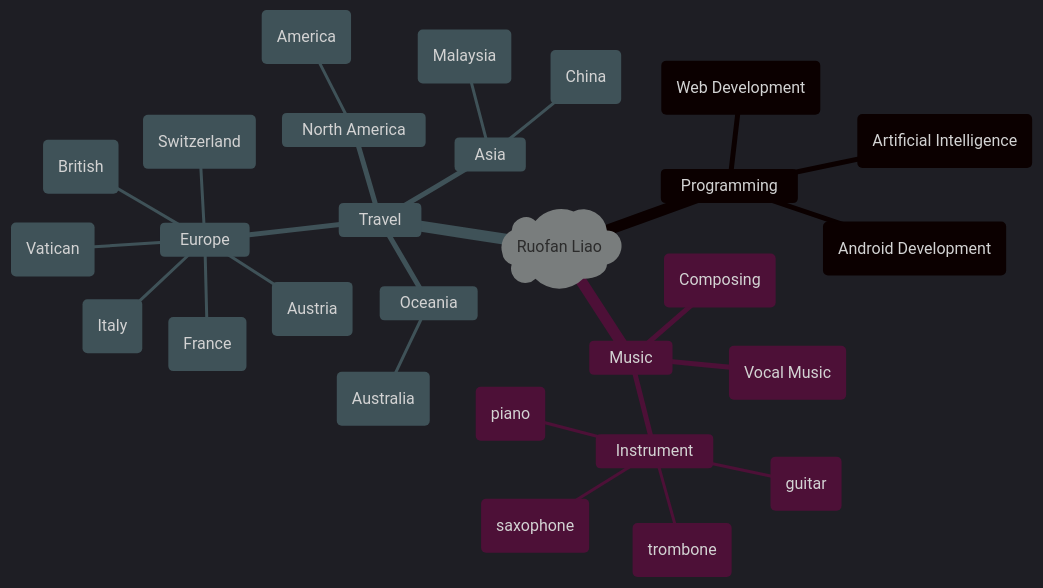
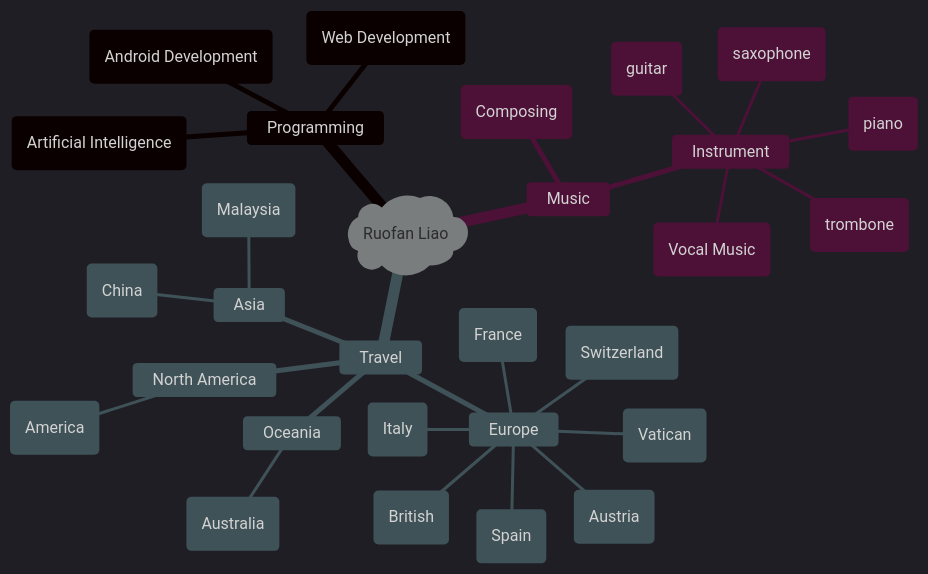
One commit to LLLLLrf/LLLLLrf changed the diagram in README.md. Above: the diagram before and after it, drawn with Mermaid.

````diff
--- a/README.md
+++ b/README.md
@@ -138,33 +138,34 @@
 ```mermaid
 %%{init: {'theme':'dark'}}%%
 
 mindmap
   root)Ruofan Liao(
     Programming
       (Web Development)
       (Android Development)
       (Artificial Intelligence)
     Music
       (Composing)
       Instrument
         (trombone)
         (saxophone)
         (guitar)
         (piano)
-      (Vocal Music)
+        (Vocal Music)
     Travel
       Europe
          (British)
          (France)
          (Vatican)
          (Italy)
          (Switzerland)
          (Austria)
+         (Spain)
       North America
          (America)
       Oceania
          (Australia)
       Asia
          (Malaysia)
          (China)
 ```
````
